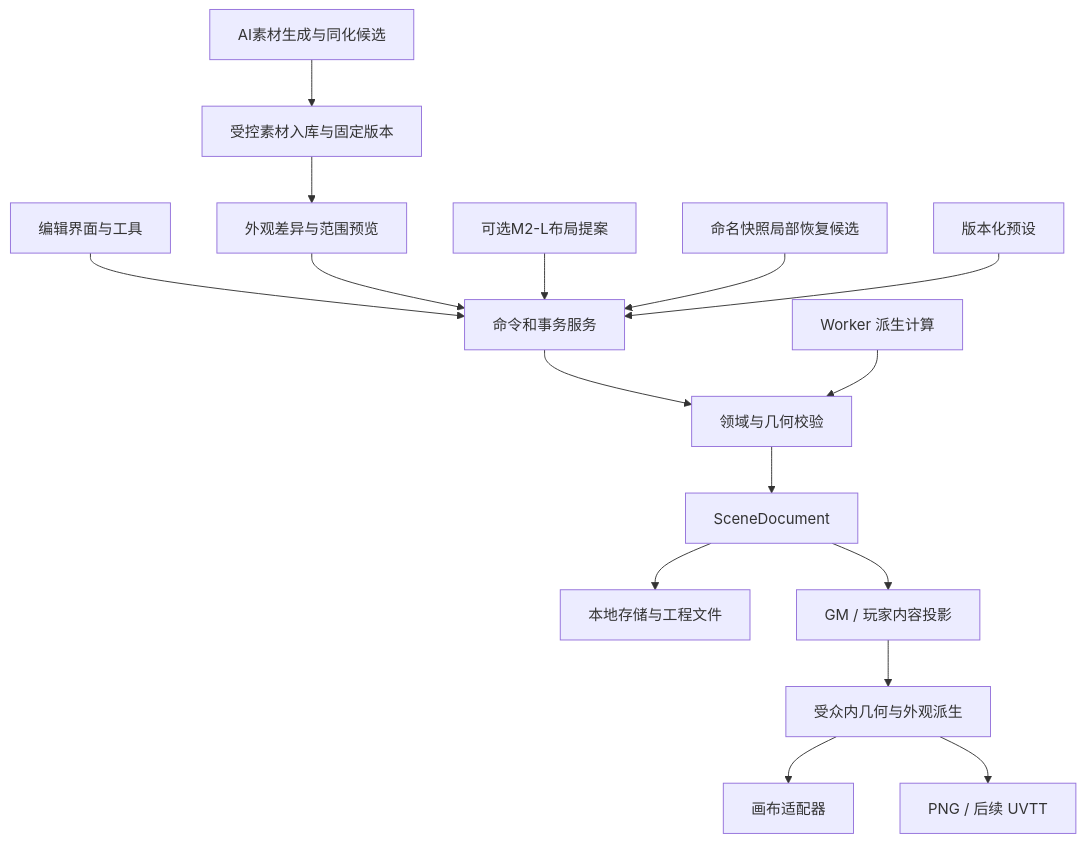
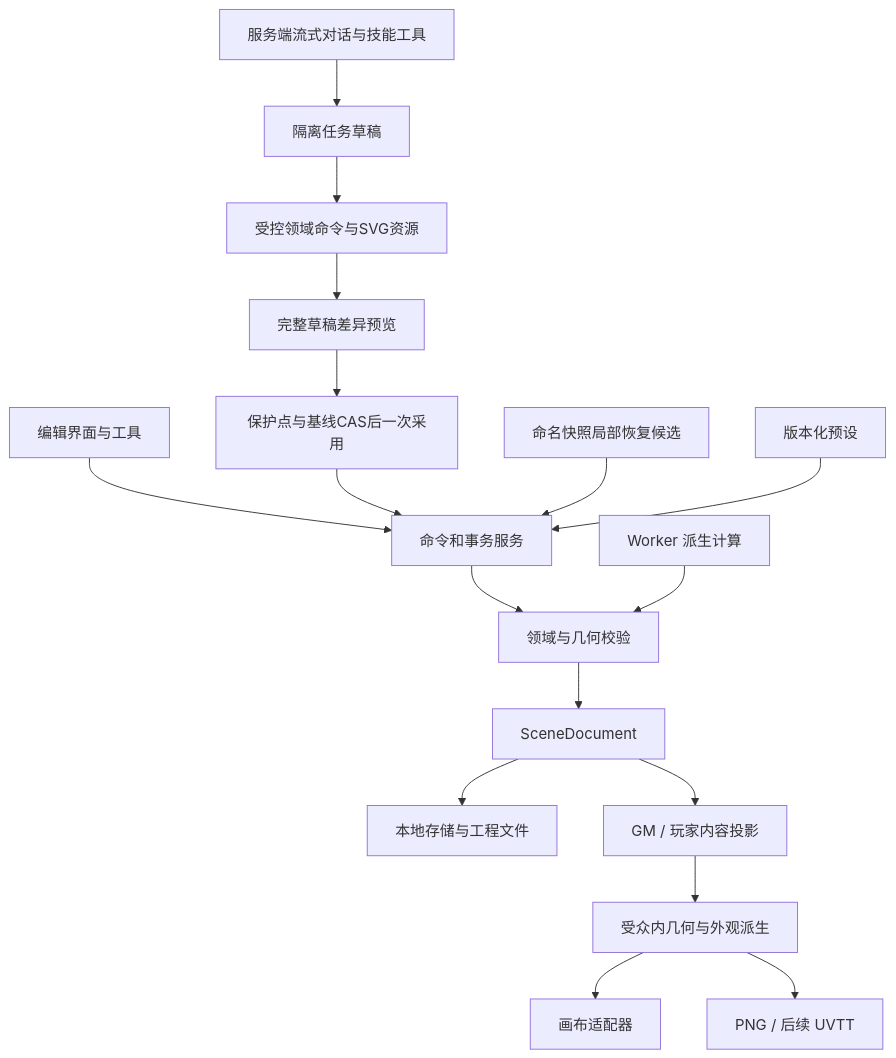
One commit to WoJiSama/sceneweave changed the diagram in docs/03-architecture.md. Above: the diagram before and after it, drawn with Mermaid. The commit also changed other lines of this file and 1331 other files, not shown here.

````diff
--- a/docs/03-architecture.md
+++ b/docs/03-architecture.md
@@ -101,18 +103,19 @@
 ```mermaid
 flowchart TD
     UI[编辑界面与工具] --> CMD[命令和事务服务]
-    AI[AI素材生成与同化候选] --> ASSET[受控素材入库与固定版本]
-    ASSET --> PREVIEW[外观差异与范围预览]
-    PREVIEW --> CMD
-    LAYOUT[可选M2-L布局提案] --> CMD
+    AI[服务端流式对话与技能工具] --> DRAFT[隔离任务草稿]
+    DRAFT --> ASSET[受控领域命令与SVG资源]
+    ASSET --> PREVIEW[完整草稿差异预览]
+    PREVIEW --> ADOPT[保护点与基线CAS后一次采用]
+    ADOPT --> CMD
     RESTORE[命名快照局部恢复候选] --> CMD
     CMD --> VALIDATE[领域与几何校验]
     VALIDATE --> DOC[SceneDocument]
     DOC --> SAVE[本地存储与工程文件]
     DOC --> PROJECT[GM / 玩家内容投影]
     PROJECT --> DERIVE[受众内几何与外观派生]
     DERIVE --> VIEW[画布适配器]
     DERIVE --> EXPORT[PNG / 后续 UVTT]
     PRESET[版本化预设] --> CMD
     WORKER[Worker 派生计算] --> VALIDATE
 ```
````
